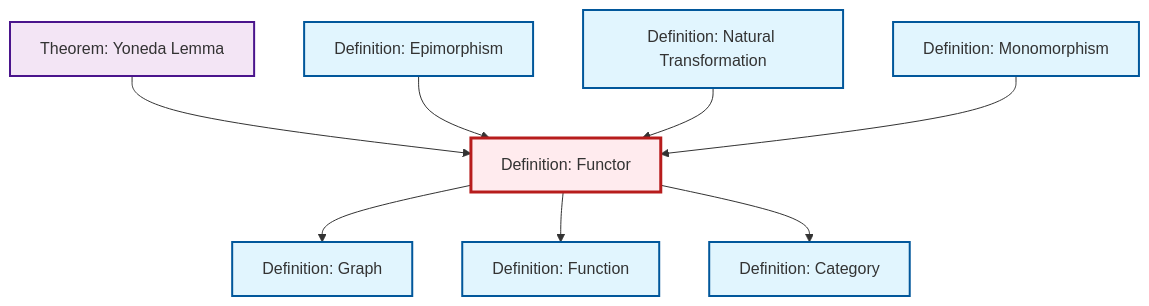
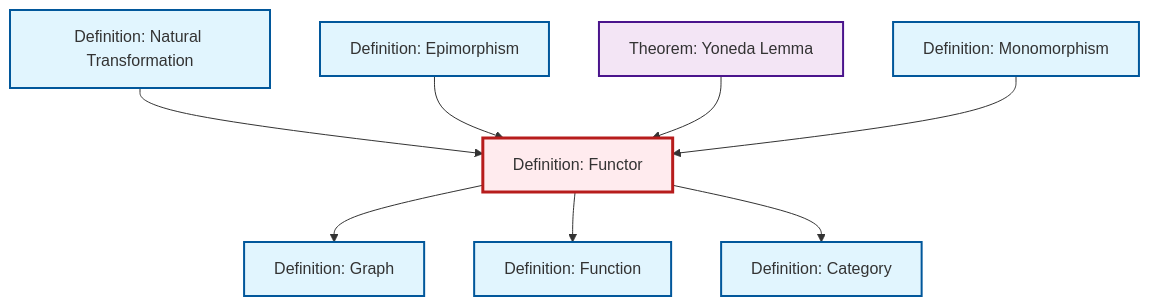
One commit to RK0429/ModernMath changed the diagram in content/en/category-theory/def-functor.qmd. Above: the diagram before and after it, drawn with Mermaid. The commit also changed other lines of this file and 14 other files, not shown here.

````diff
--- a/content/en/category-theory/def-functor.qmd
+++ b/content/en/category-theory/def-functor.qmd
@@ -50,32 +50,32 @@
 ```{mermaid}
 %%| fig-cap: "Local dependency graph"
 graph TD
     classDef definition fill:#e1f5fe,stroke:#01579b,stroke-width:2px
     classDef theorem fill:#f3e5f5,stroke:#4a148c,stroke-width:2px
     classDef axiom fill:#fff3e0,stroke:#e65100,stroke-width:2px
     classDef example fill:#e8f5e9,stroke:#1b5e20,stroke-width:2px
     classDef current fill:#ffebee,stroke:#b71c1c,stroke-width:3px
-    def-category["Definition: Category"]:::definition
+    def-graph["Definition: Graph"]:::definition
+    def-functor["Definition: Functor"]:::definition
     def-natural-transformation["Definition: Natural Transformation"]:::definition
     def-epimorphism["Definition: Epimorphism"]:::definition
+    def-function["Definition: Function"]:::definition
+    def-category["Definition: Category"]:::definition
     thm-yoneda["Theorem: Yoneda Lemma"]:::theorem
     def-monomorphism["Definition: Monomorphism"]:::definition
-    def-function["Definition: Function"]:::definition
-    def-graph["Definition: Graph"]:::definition
-    def-functor["Definition: Functor"]:::definition
-    thm-yoneda --> def-functor
+    def-natural-transformation --> def-functor
     def-epimorphism --> def-functor
-    def-natural-transformation --> def-functor
     def-functor --> def-graph
     def-functor --> def-function
+    def-functor --> def-category
+    thm-yoneda --> def-functor
     def-monomorphism --> def-functor
-    def-functor --> def-category
     class def-functor current
-    click def-category "def-category.html" "Go to Category definition"
+    click def-graph "def-graph.html" "Go to Graph definition"
     click def-natural-transformation "def-natural-transformation.html" "Go to Natural Transformation definition"
     click def-epimorphism "def-epimorphism.html" "Go to Epimorphism definition"
+    click def-function "def-function.html" "Go to Function definition"
+    click def-category "def-category.html" "Go to Category definition"
     click thm-yoneda "thm-yoneda.html" "Go to Yoneda Lemma theorem"
     click def-monomorphism "def-monomorphism.html" "Go to Monomorphism definition"
-    click def-function "def-function.html" "Go to Function definition"
-    click def-graph "def-graph.html" "Go to Graph definition"
 ```
````
